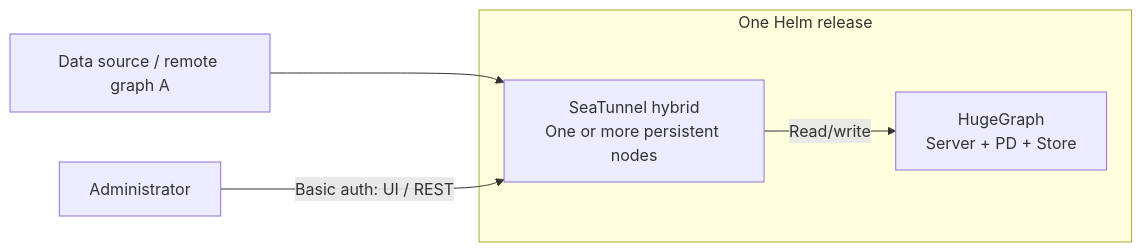
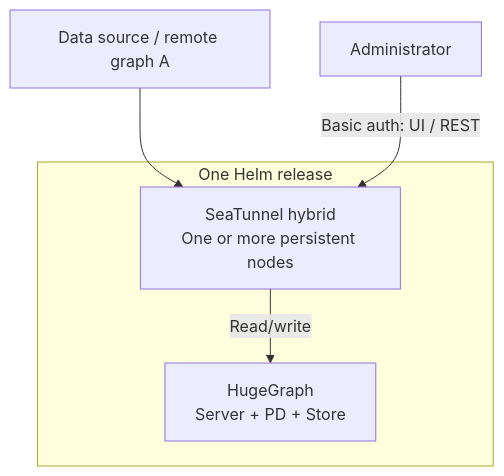
Before and after one commit to hugegraph/hugegraph-doc: the diagram in content/en/docs/quickstart/hugegraph/hugegraph-helm.md, drawn with Mermaid. The commit also changed 1 other file, not shown here.

Commit message:
docs(helm): keep the diagram readable on phones

````diff
--- a/content/en/docs/quickstart/hugegraph/hugegraph-helm.md
+++ b/content/en/docs/quickstart/hugegraph/hugegraph-helm.md
@@ -254,8 +254,8 @@
 ```mermaid
-flowchart LR
+flowchart TB
     A["Data source / remote graph A"] --> ST
     subgraph Release["One Helm release"]
         ST["SeaTunnel hybrid<br/>One or more persistent nodes"] -->|Read/write| HG["HugeGraph<br/>Server + PD + Store"]
     end
     U["Administrator"] -->|Basic auth: UI / REST| ST
 ```
````
